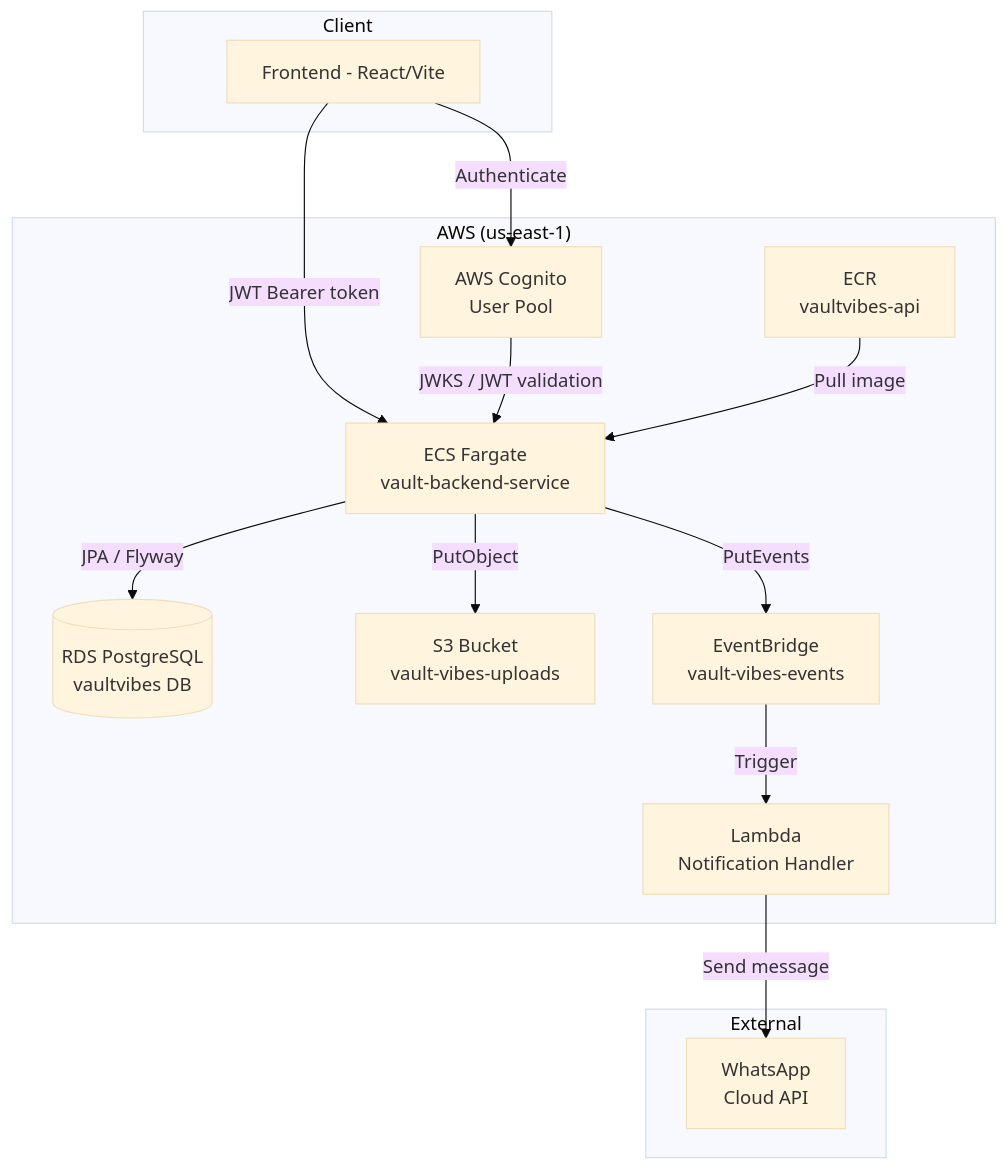
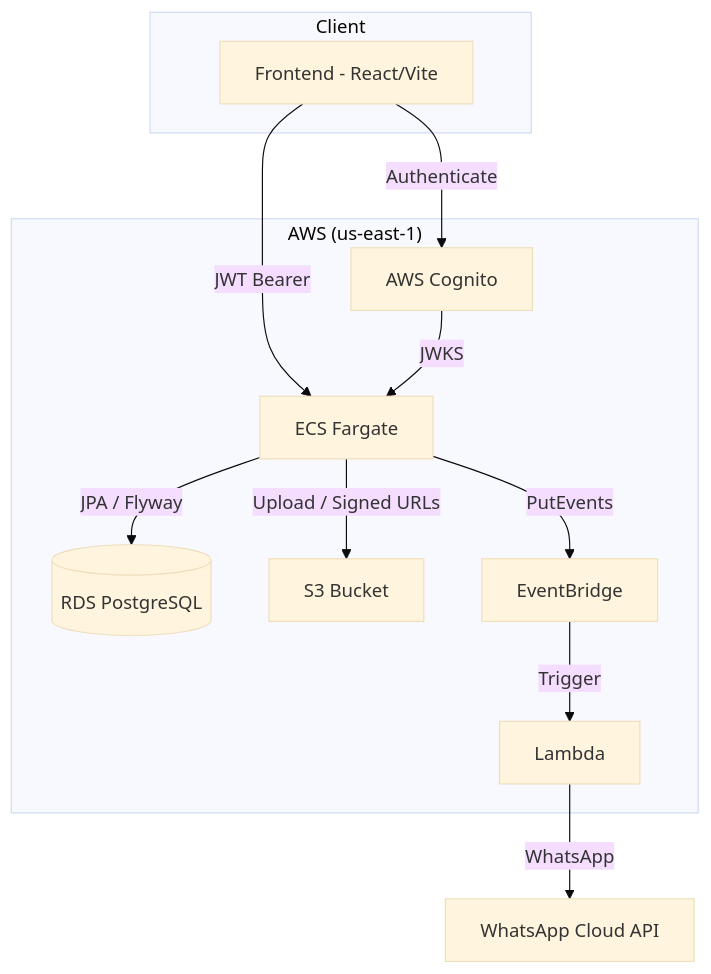
Before and after one commit to SibusisoMashita/vault-vibes-backend: the first of 2 diagrams in README.md, drawn with Mermaid (base theme). The commit also changed other lines of this file and 51 other files, not shown here.

````diff
--- a/README.md
+++ b/README.md
@@ -38,30 +42,24 @@
 ```mermaid
 flowchart TD
     subgraph Client
         FE[Frontend - React/Vite]
     end
 
     subgraph AWS["AWS (us-east-1)"]
-        Cognito[AWS Cognito\nUser Pool]
-        ECS[ECS Fargate\nvault-backend-service]
-        RDS[(RDS PostgreSQL\nvaultvibes DB)]
-        S3[S3 Bucket\nvault-vibes-uploads]
-        EB[EventBridge\nvault-vibes-events]
-        Lambda[Lambda\nNotification Handler]
-        ECR[ECR\nvaultvibes-api]
+        Cognito[AWS Cognito]
+        ECS[ECS Fargate]
+        RDS[(RDS PostgreSQL)]
+        S3[S3 Bucket]
+        EB[EventBridge]
+        Lambda[Lambda]
     end
 
-    subgraph External
-        WA[WhatsApp\nCloud API]
-    end
-
-    FE -->|JWT Bearer token| ECS
+    FE -->|JWT Bearer| ECS
     FE -->|Authenticate| Cognito
-    Cognito -->|JWKS / JWT validation| ECS
+    Cognito -->|JWKS| ECS
     ECS -->|JPA / Flyway| RDS
-    ECS -->|PutObject| S3
+    ECS -->|Upload / Signed URLs| S3
     ECS -->|PutEvents| EB
     EB -->|Trigger| Lambda
-    Lambda -->|Send message| WA
-    ECR -->|Pull image| ECS
+    Lambda -->|WhatsApp| External[WhatsApp Cloud API]
 ```
````
